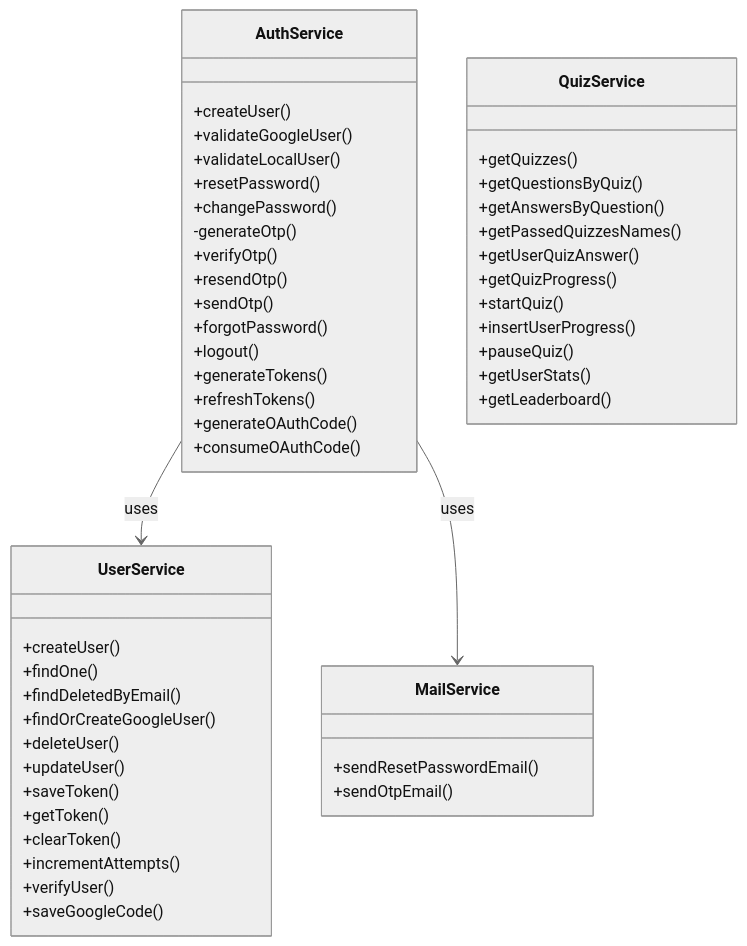
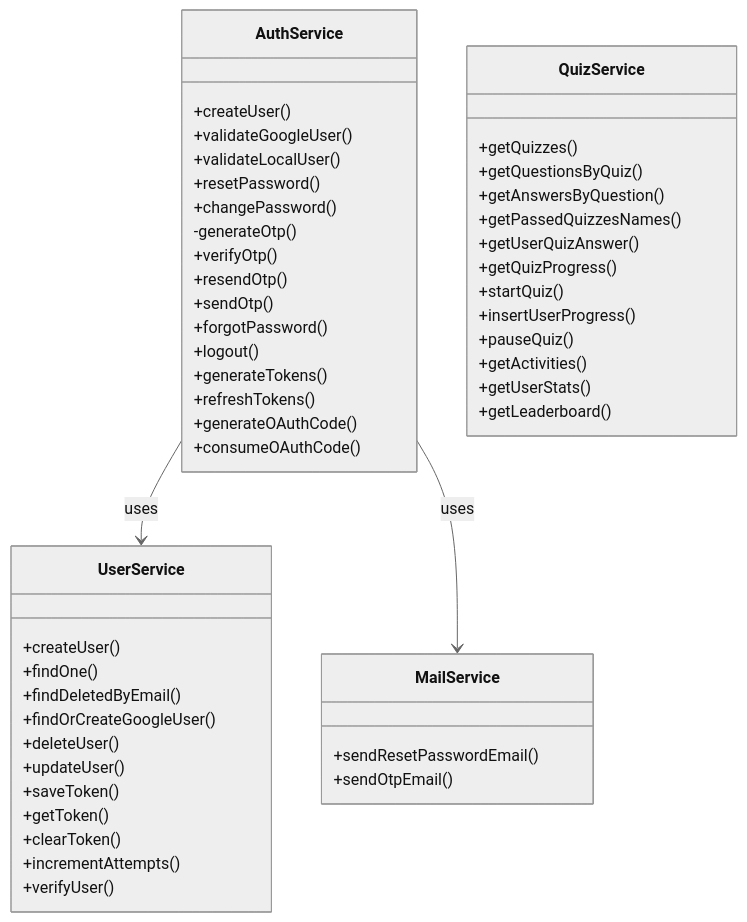
The third of 5 diagrams in README.md (Ahmed-Elgammal-900/Quiz-App-Back-End), drawn with Mermaid (neutral theme) before and after one commit. The commit also changed other lines of this file and 6 other files, not shown here.

````diff
--- a/README.md
+++ b/README.md
@@ -346,55 +348,55 @@
 ```mermaid
 classDiagram
 class AuthService {
 +createUser()
 +validateGoogleUser()
 +validateLocalUser()
 +resetPassword()
 +changePassword()
 -generateOtp()
 +verifyOtp()
 +resendOtp()
 +sendOtp()
 +forgotPassword()
 +logout()
 +generateTokens()
 +refreshTokens()
 +generateOAuthCode()
 +consumeOAuthCode()
 }
 class UserService {
 +createUser()
 +findOne()
 +findDeletedByEmail()
 +findOrCreateGoogleUser()
 +deleteUser()
 +updateUser()
 +saveToken()
 +getToken()
 +clearToken()
 +incrementAttempts()
 +verifyUser()
-+saveGoogleCode()
 }
 class QuizService {
 +getQuizzes()
 +getQuestionsByQuiz()
 +getAnswersByQuestion()
 +getPassedQuizzesNames()
 +getUserQuizAnswer()
 +getQuizProgress()
 +startQuiz()
 +insertUserProgress()
 +pauseQuiz()
++getActivities()
 +getUserStats()
 +getLeaderboard()
 }
 class MailService {
 +sendResetPasswordEmail()
 +sendOtpEmail()
 }
 
     AuthService --> UserService : uses
     AuthService --> MailService: uses
 
 ```
````
